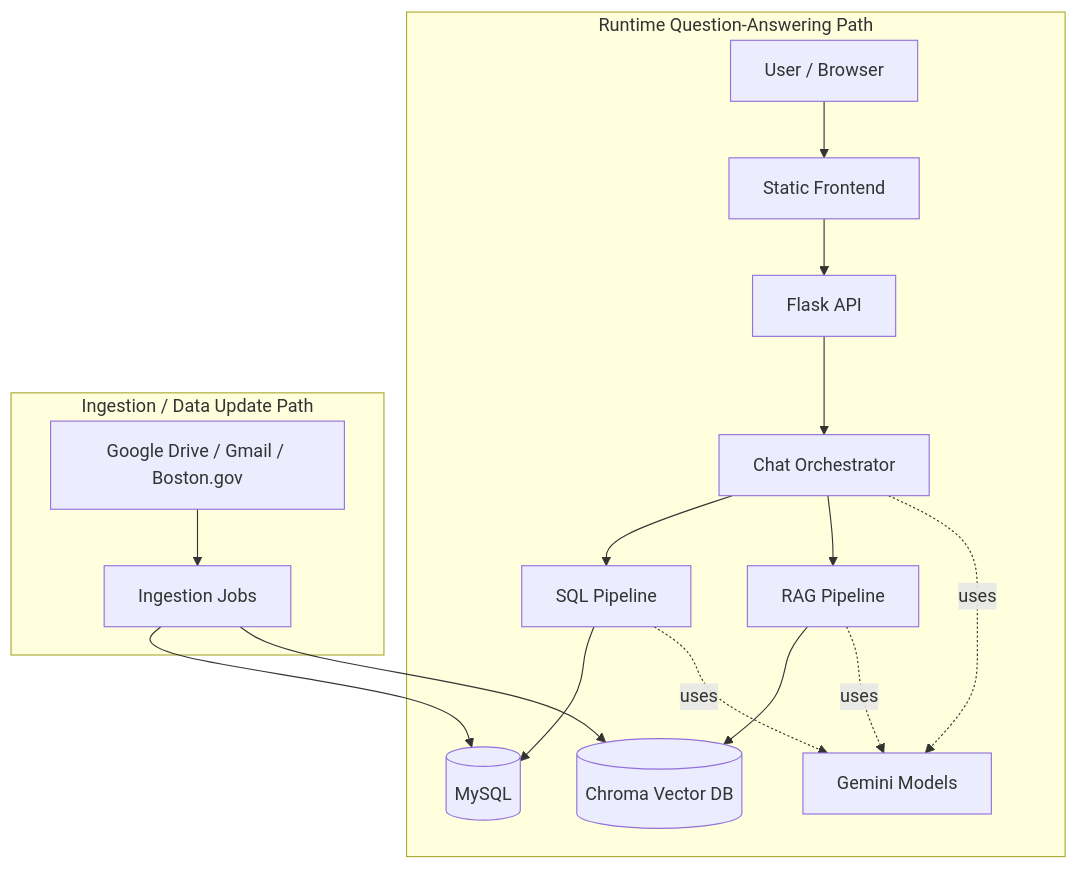
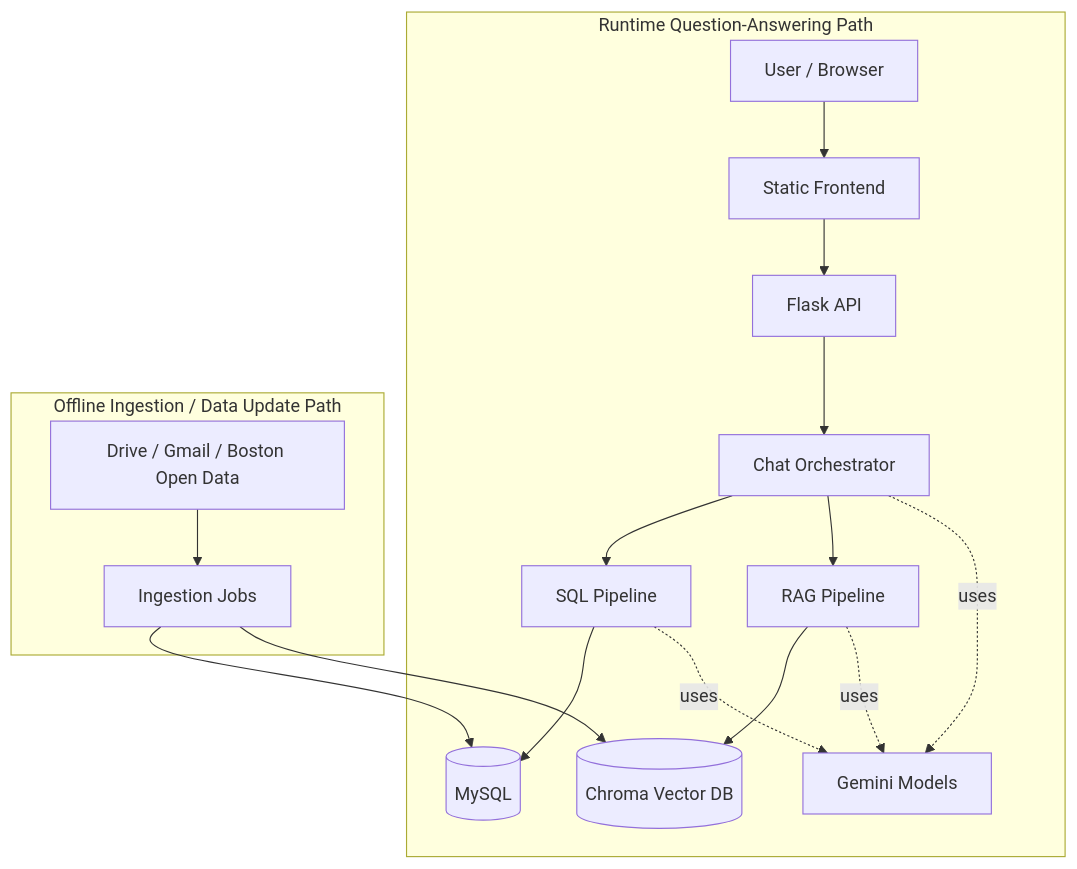
Before and after one commit to atharvg-BU/ml-misi-community-sentiment: the first of 2 diagrams in system_design.md, drawn with Mermaid.

````diff
--- a/system_design.md
+++ b/system_design.md
@@ -15,21 +15,21 @@
 ```mermaid
 flowchart TD
     subgraph Runtime["Runtime Question-Answering Path"]
         A[User / Browser] --> B[Static Frontend]
         B --> C[Flask API]
         C --> D[Chat Orchestrator]
         D --> E[SQL Pipeline]
         D --> F[RAG Pipeline]
         E --> G[(MySQL)]
         F --> H[(Chroma Vector DB)]
         D -.uses.-> I[Gemini Models]
         E -.uses.-> I
         F -.uses.-> I
     end
 
-    subgraph Ingestion["Ingestion / Data Update Path"]
-        K["Google Drive / Gmail / Boston.gov"] --> J[Ingestion Jobs]
+    subgraph Ingestion["Offline Ingestion / Data Update Path"]
+        K[Drive / Gmail / Boston Open Data] --> J[Ingestion Jobs]
         J --> G
         J --> H
     end
 ```
````
